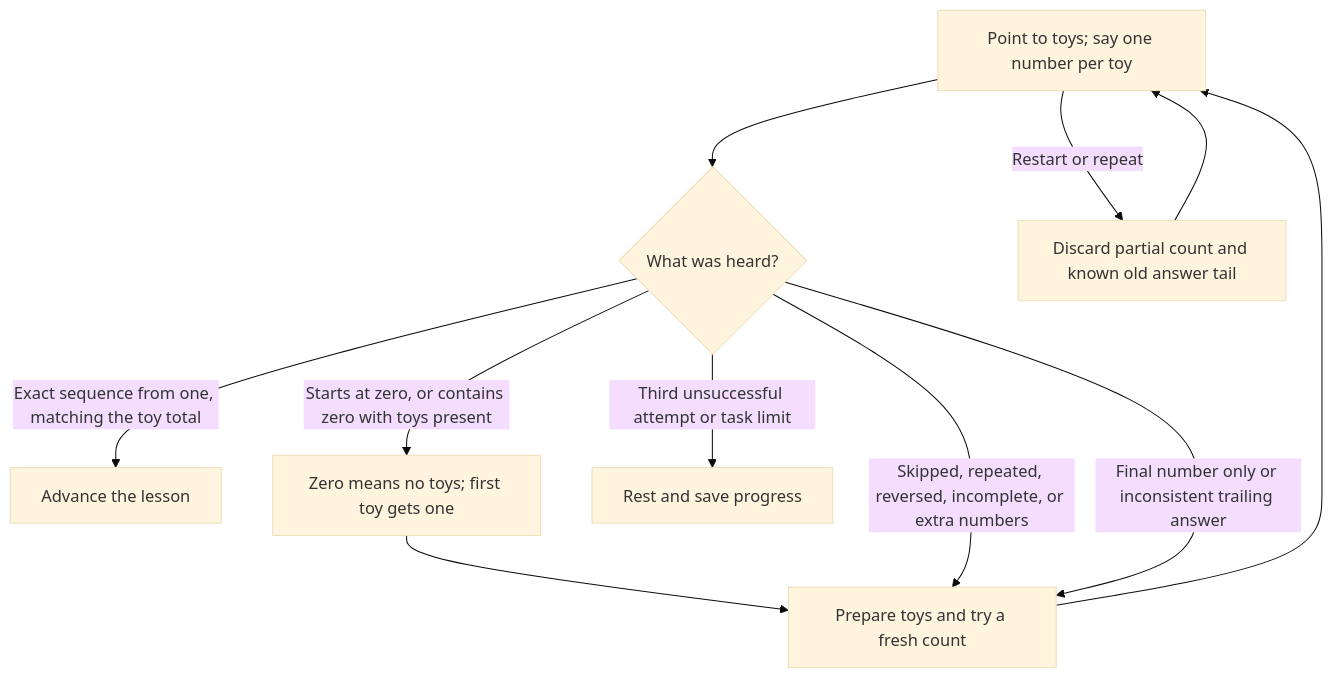
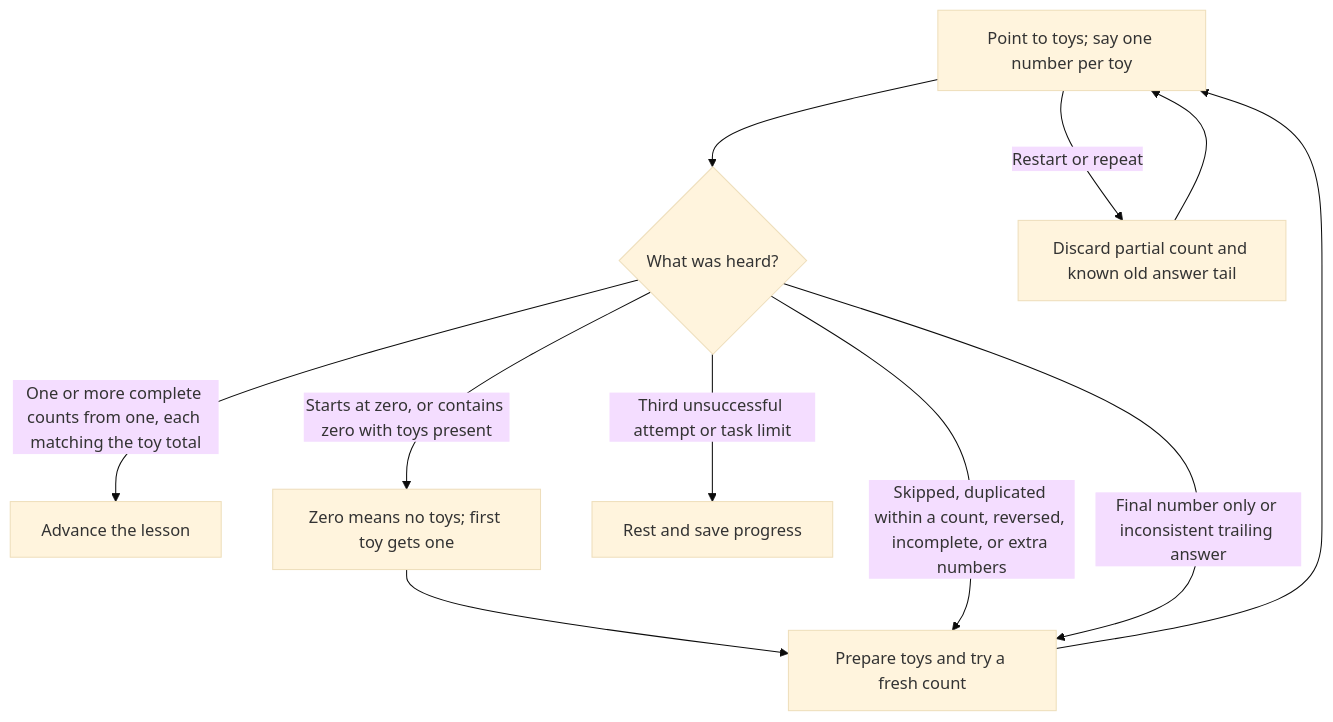
The diagram in docs/wiki/Edge-case-audit.md (sealsbroken/unmath), drawn with Mermaid (base theme) before and after one commit. The commit also changed other lines of this file and 15 other files, not shown here.

Commit message:
Accept repeated complete counting answers without extra scores

````diff
--- a/docs/wiki/Edge-case-audit.md
+++ b/docs/wiki/Edge-case-audit.md
@@ -23,13 +23,13 @@
 ```mermaid
 flowchart TD
     Count["Point to toys; say one number per toy"] --> Check{"What was heard?"}
-    Check -->|"Exact sequence from one, matching the toy total"| Progress["Advance the lesson"]
+    Check -->|"One or more complete counts from one, each matching the toy total"| Progress["Advance the lesson"]
     Check -->|"Starts at zero, or contains zero with toys present"| Zero["Zero means no toys; first toy gets one"]
     Zero --> Practice["Prepare toys and try a fresh count"]
-    Check -->|"Skipped, repeated, reversed, incomplete, or extra numbers"| Practice
+    Check -->|"Skipped, duplicated within a count, reversed, incomplete, or extra numbers"| Practice
     Check -->|"Final number only or inconsistent trailing answer"| Practice
     Practice --> Count
     Check -->|"Third unsuccessful attempt or task limit"| Rest["Rest and save progress"]
     Count -->|"Restart or repeat"| Reset["Discard partial count and known old answer tail"]
     Reset --> Count
 ```
````
